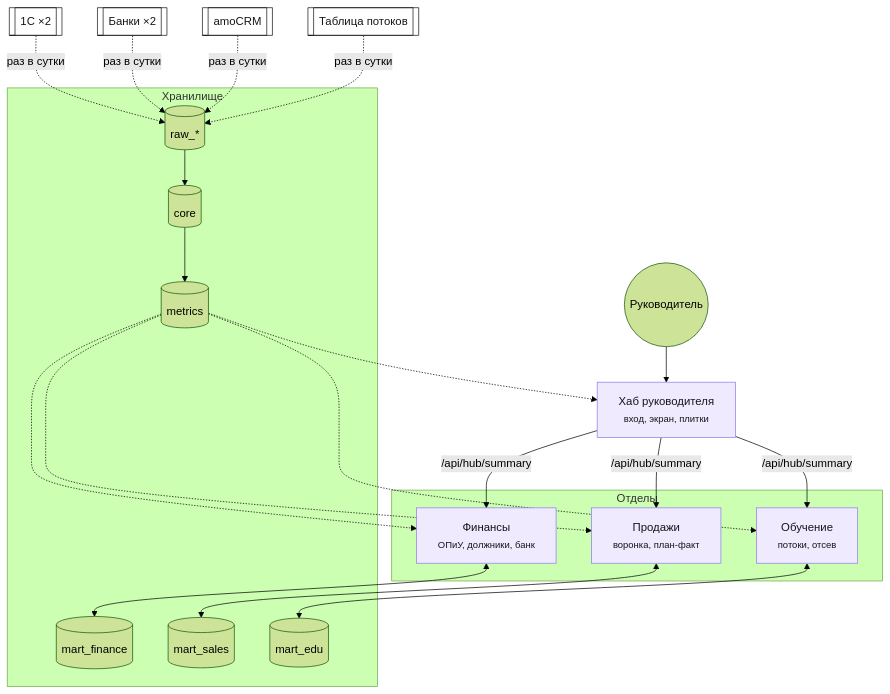
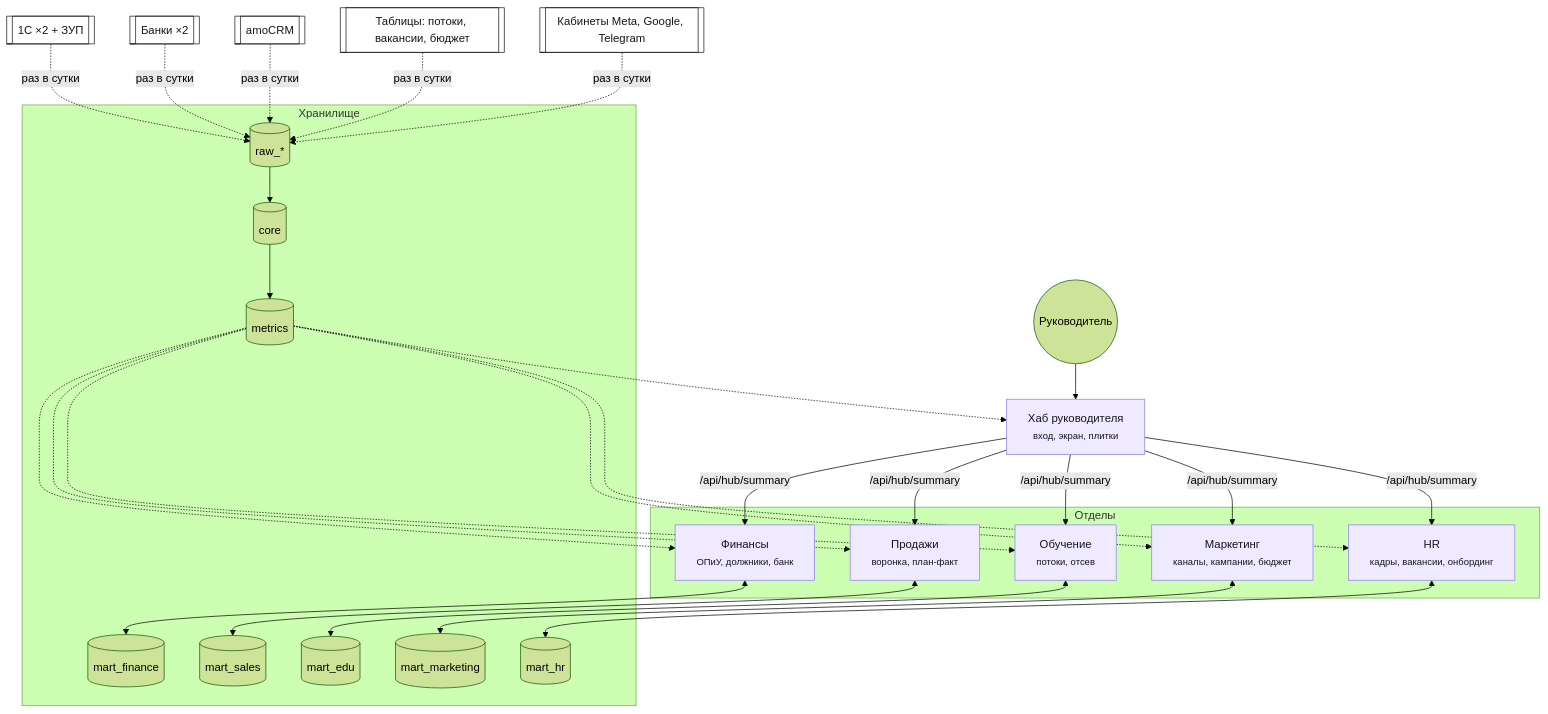
The diagram in examples/airl-hub-demo/COMPANY_MAP.md (aza9908/airl-skills), drawn with Mermaid (forest theme) before and after one commit. The commit also changed other lines of this file and 123 other files, not shown here.

````diff
--- a/examples/airl-hub-demo/COMPANY_MAP.md
+++ b/examples/airl-hub-demo/COMPANY_MAP.md
@@ -206,25 +278,31 @@
 ```mermaid
 flowchart TB
     CEO((Руководитель)) --> HUB["Хаб руководителя<br/><small>вход, экран, плитки</small>"]
     subgraph Отделы
         FIN["Финансы<br/><small>ОПиУ, должники, банк</small>"]
         SAL["Продажи<br/><small>воронка, план-факт</small>"]
+        MKT["Маркетинг<br/><small>каналы, кампании, бюджет</small>"]
         EDU["Обучение<br/><small>потоки, отсев</small>"]
+        HR["HR<br/><small>кадры, вакансии, онбординг</small>"]
     end
-    HUB -->|/api/hub/summary| FIN & SAL & EDU
+    HUB -->|/api/hub/summary| FIN & SAL & MKT & EDU & HR
     subgraph Хранилище
         RAW[("raw_*")] --> CORE[("core")] --> MET[("metrics")]
         MF[("mart_finance")]
         MS[("mart_sales")]
         ME[("mart_edu")]
+        MM[("mart_marketing")]
+        MH[("mart_hr")]
     end
-    C1[["1С ×2"]] & BANK[["Банки ×2"]] & AMO[["amoCRM"]] & SH[["Таблица потоков"]] -.->|раз в сутки| RAW
-    MET -.-> HUB & FIN & SAL & EDU
+    C1[["1С ×2 + ЗУП"]] & BANK[["Банки ×2"]] & AMO[["amoCRM"]] & SH[["Таблицы: потоки, вакансии, бюджет"]] & ADS[["Кабинеты Meta, Google, Telegram"]] -.->|раз в сутки| RAW
+    MET -.-> HUB & FIN & SAL & MKT & EDU & HR
     FIN <--> MF
     SAL <--> MS
+    MKT <--> MM
     EDU <--> ME
+    HR <--> MH
     classDef new fill:#efeafe,stroke:#8f7bf0,color:#16161a
     classDef ext fill:#ffffff,stroke:#16161a,color:#16161a
-    class HUB,FIN,SAL,EDU new
-    class C1,BANK,AMO,SH ext
+    class HUB,FIN,SAL,MKT,EDU,HR new
+    class C1,BANK,AMO,SH,ADS ext
 ```
````
